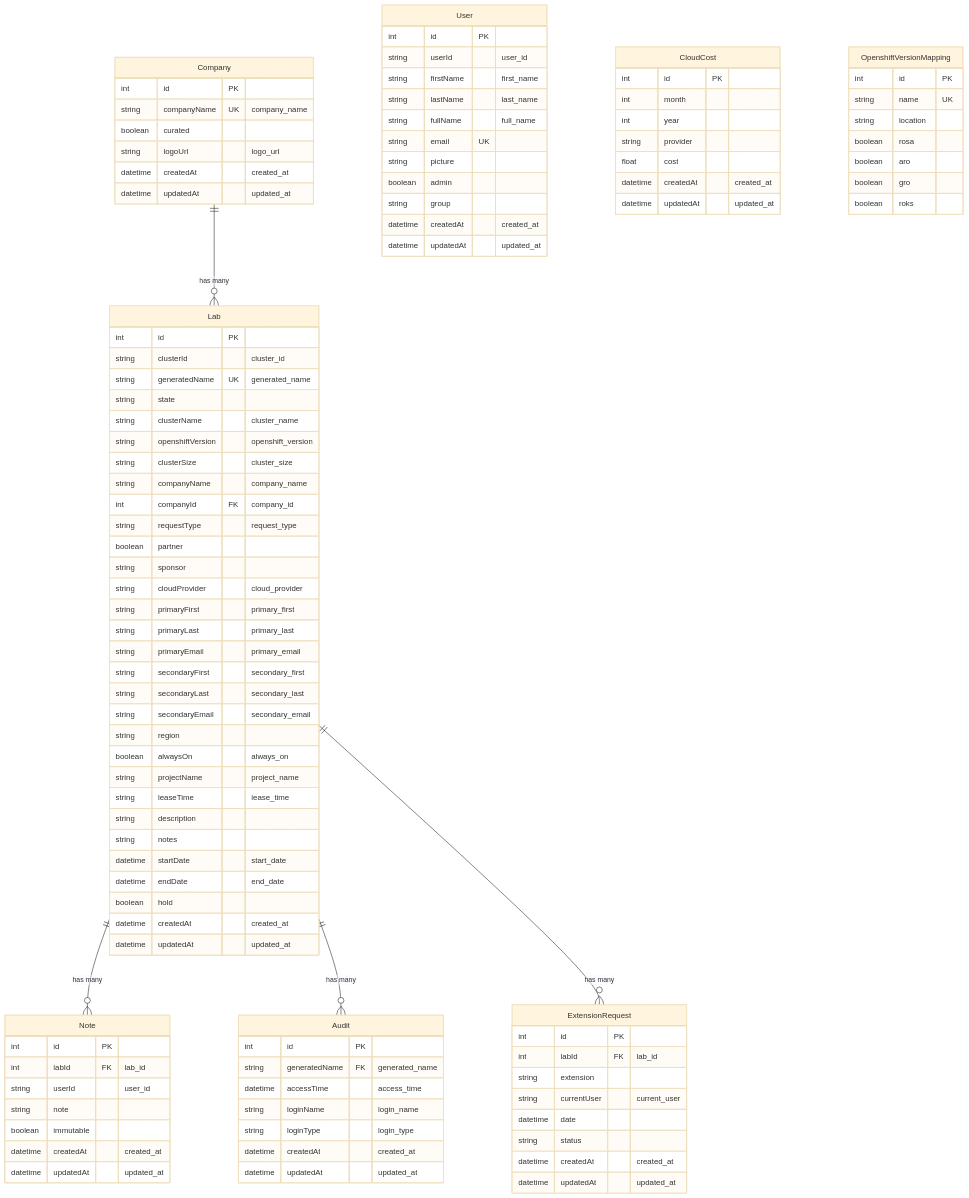
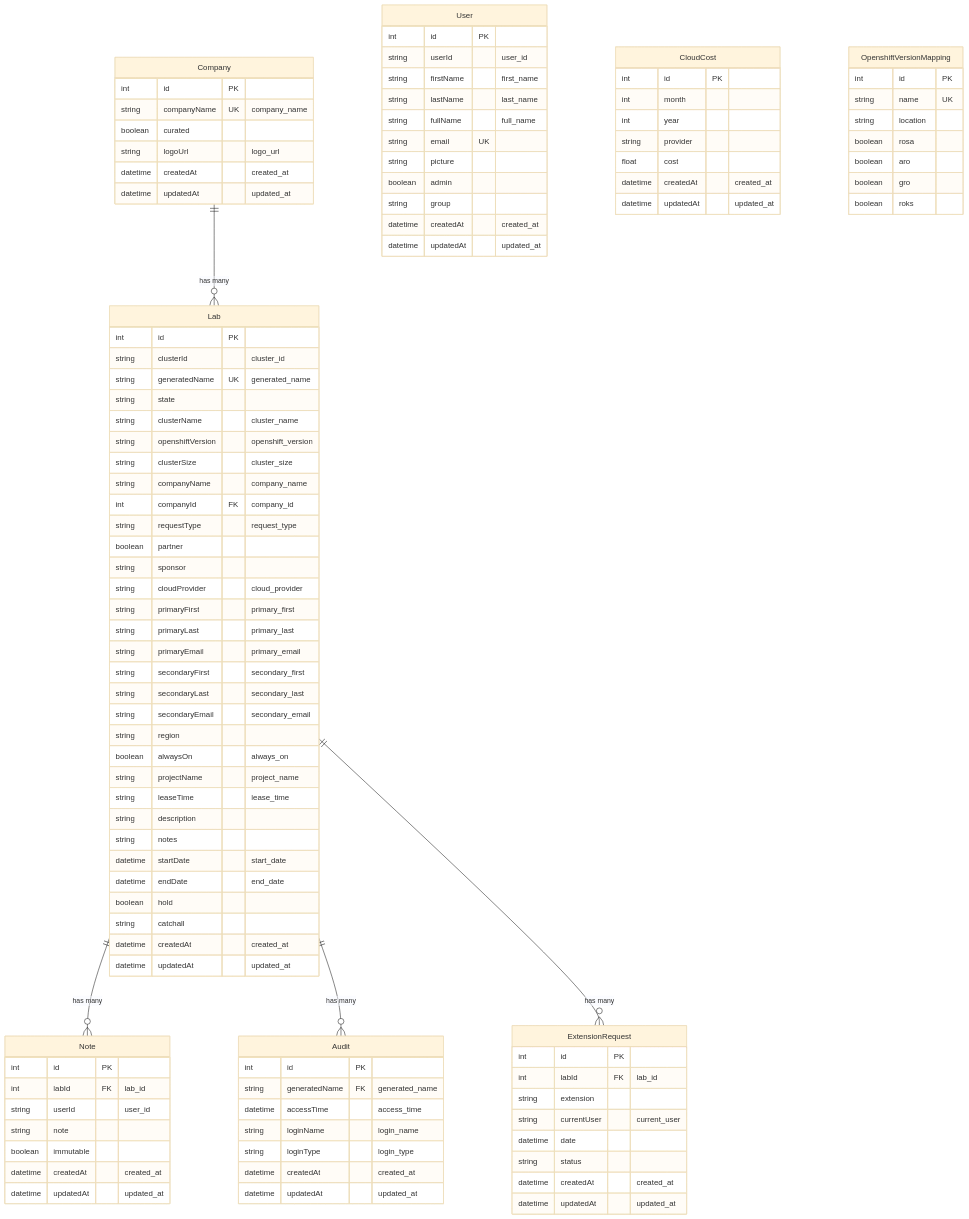
The second of 3 diagrams in docs/database.md (redhat-openshift-partner-labs/portal), drawn with Mermaid (base theme) before and after one commit. The commit also changed other lines of this file and 5 other files, not shown here.

```diff
--- a/docs/database.md
+++ b/docs/database.md
@@ -142,6 +142,7 @@
         datetime startDate "start_date"
         datetime endDate "end_date"
         boolean hold
+        string catchall
         datetime createdAt "created_at"
         datetime updatedAt "updated_at"
     }
```
